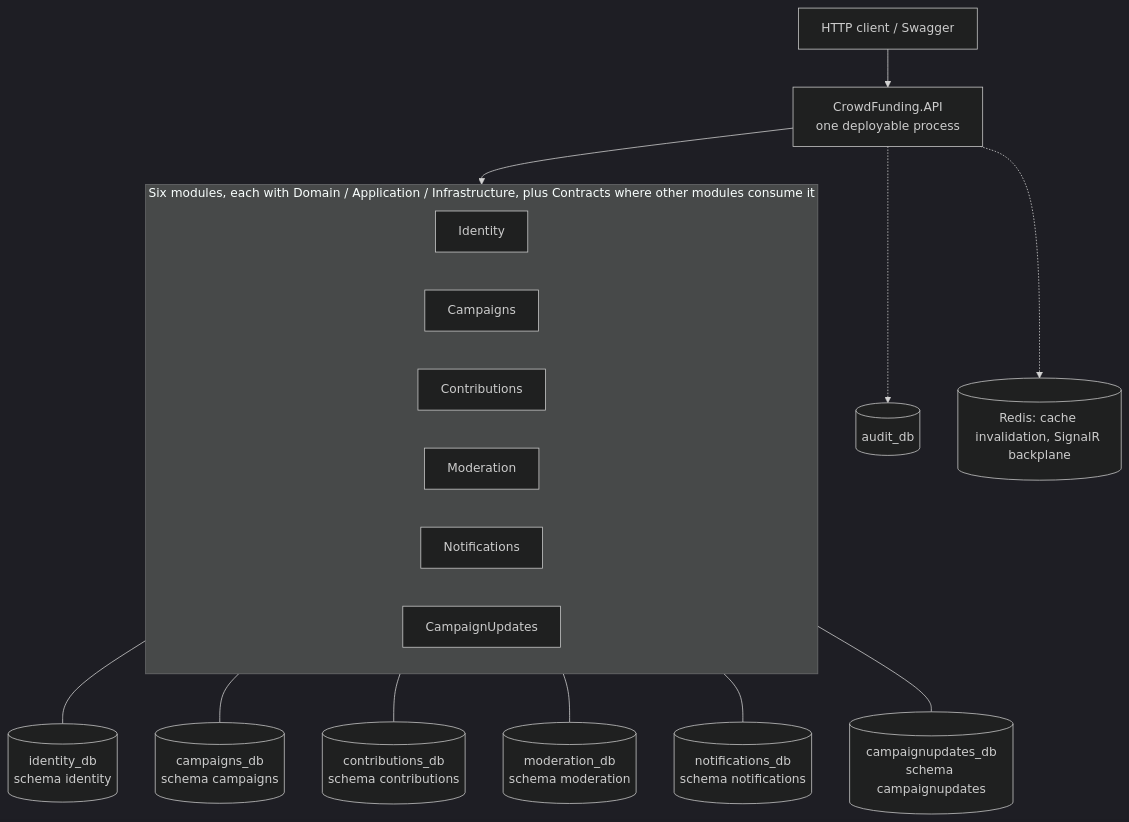
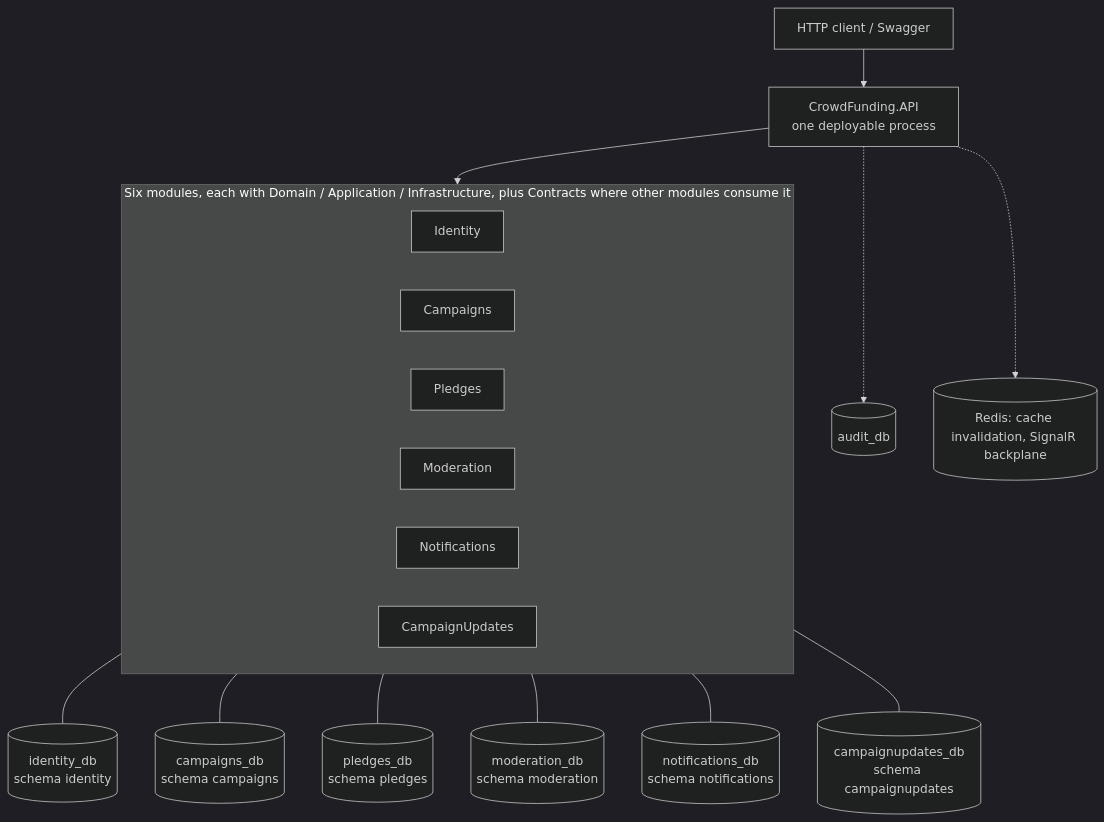
The first of 6 diagrams in README.md (maysamgamini/crowdfundinghub), drawn with Mermaid (dark theme) before and after one commit. The commit also changed other lines of this file and 571 other files, not shown here.

````diff
--- a/README.md
+++ b/README.md
@@ -42,22 +42,22 @@
 ```mermaid
 flowchart TB
     Client["HTTP client / Swagger"] --> Host["CrowdFunding.API<br/>one deployable process"]
     subgraph Modules["Six modules, each with Domain / Application / Infrastructure, plus Contracts where other modules consume it"]
         direction LR
         Identity["Identity"]
         Campaigns["Campaigns"]
-        Contributions["Contributions"]
+        Pledges["Pledges"]
         Moderation["Moderation"]
         Notifications["Notifications"]
         Updates["CampaignUpdates"]
     end
     Host --> Modules
     Identity --- IdDb[("identity_db<br/>schema identity")]
     Campaigns --- CaDb[("campaigns_db<br/>schema campaigns")]
-    Contributions --- CoDb[("contributions_db<br/>schema contributions")]
+    Pledges --- CoDb[("pledges_db<br/>schema pledges")]
     Moderation --- MoDb[("moderation_db<br/>schema moderation")]
     Notifications --- NoDb[("notifications_db<br/>schema notifications")]
     Updates --- UpDb[("campaignupdates_db<br/>schema campaignupdates")]
     Host -.-> Audit[("audit_db")]
     Host -.-> Redis[("Redis: cache invalidation, SignalR backplane")]
 ```
````
